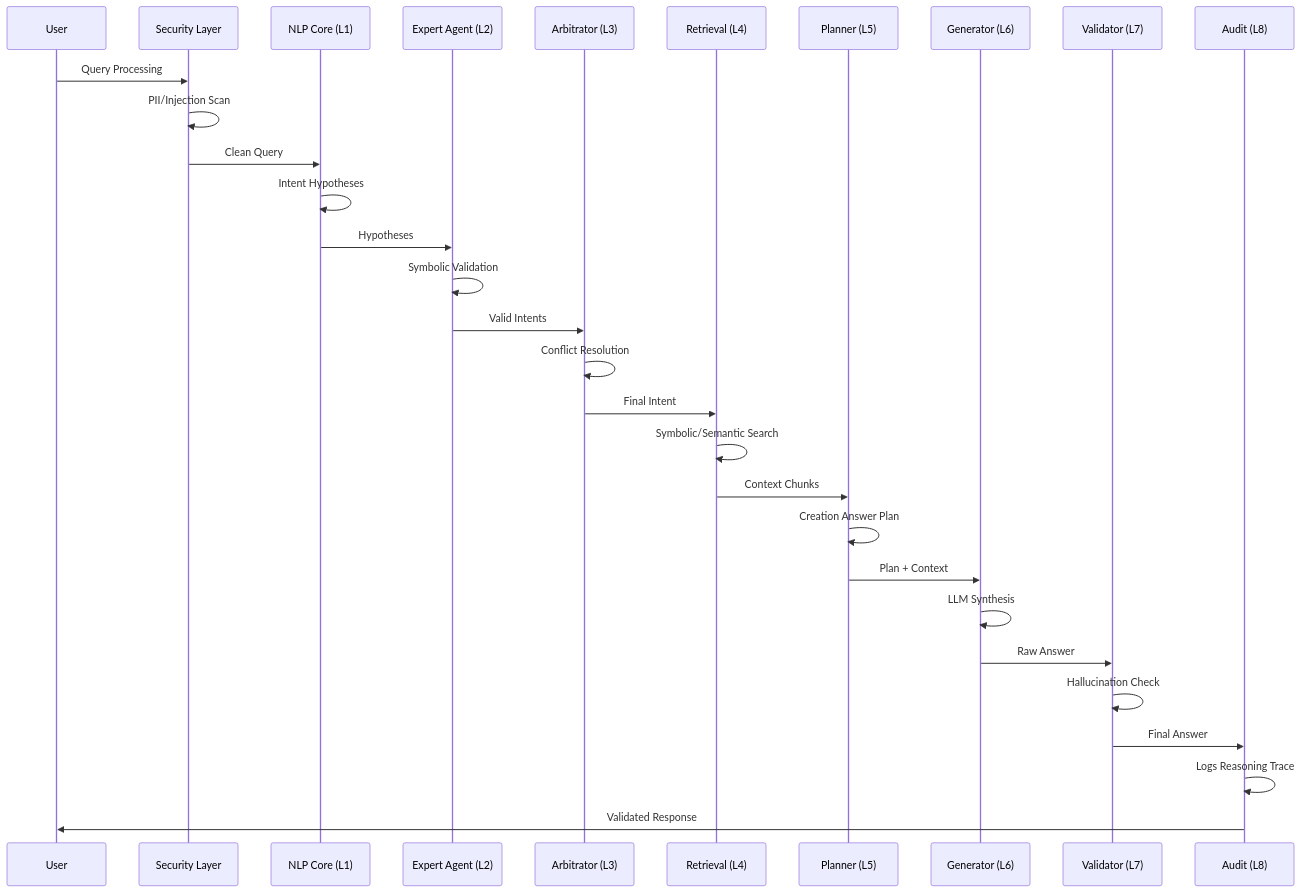
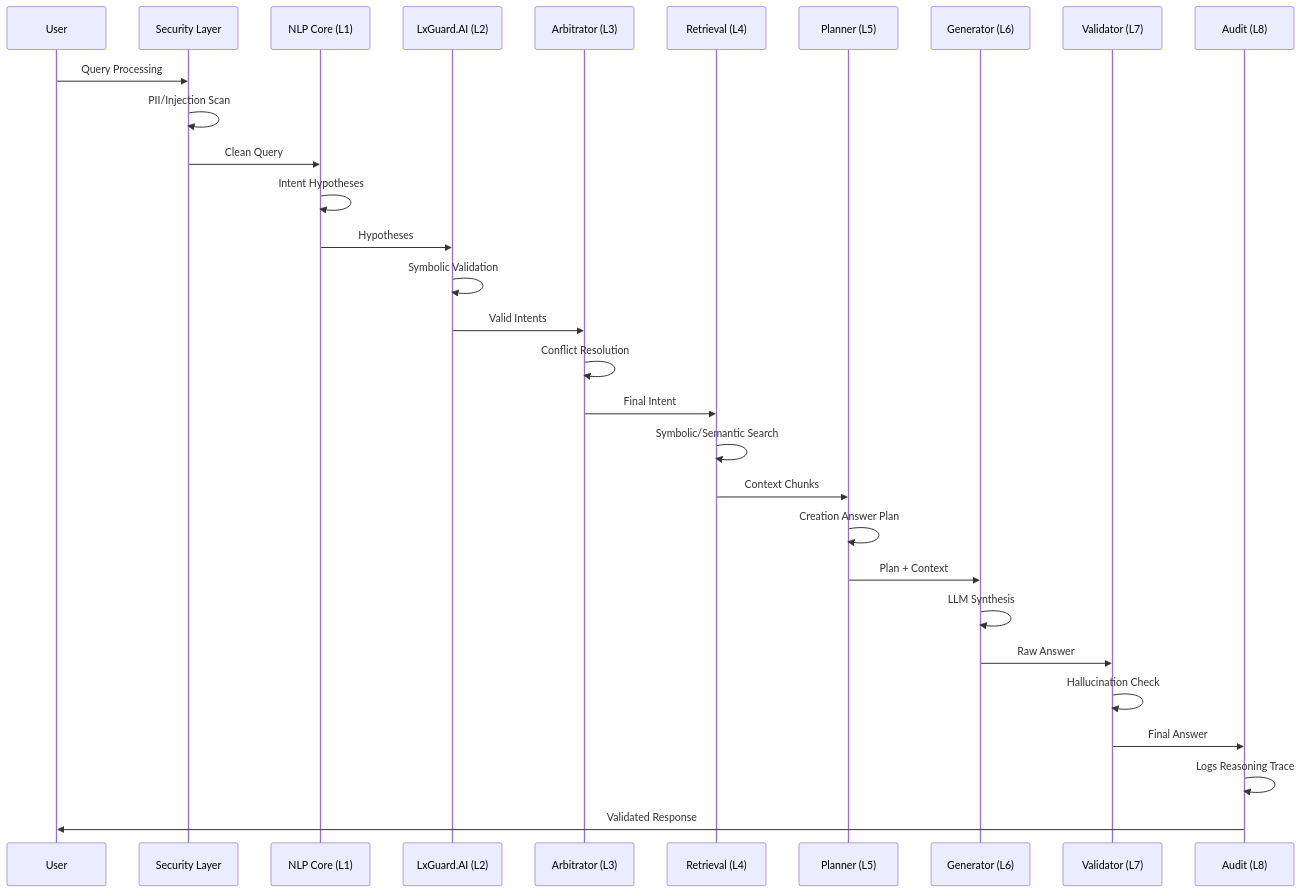
Before and after one commit to Lxmokdr/LxGuard.AI: the third of 3 diagrams in docs/TECHNICAL_DOCUMENTATION.md, drawn with Mermaid. The commit also changed other lines of this file and 38 other files, not shown here.

````diff
--- a/docs/TECHNICAL_DOCUMENTATION.md
+++ b/docs/TECHNICAL_DOCUMENTATION.md
@@ -209,33 +209,33 @@
 ```mermaid
 sequenceDiagram
     participant U as User
     participant S as Security Layer
     participant N as NLP Core (L1)
-    participant E as Expert Agent (L2)
+    participant E as LxGuard.AI (L2)
     participant A as Arbitrator (L3)
     participant R as Retrieval (L4)
     participant P as Planner (L5)
     participant G as Generator (L6)
     participant V as Validator (L7)
     participant D as Audit (L8)
 
     U->>S: Query Processing
     S->>S: PII/Injection Scan
     S->>N: Clean Query
     N->>N: Intent Hypotheses
     N->>E: Hypotheses
     E->>E: Symbolic Validation
     E->>A: Valid Intents
     A->>A: Conflict Resolution
     A->>R: Final Intent
     R->>R: Symbolic/Semantic Search
     R->>P: Context Chunks
     P->>P: Creation Answer Plan
     P->>G: Plan + Context
     G->>G: LLM Synthesis
     G->>V: Raw Answer
     V->>V: Hallucination Check
     V->>D: Final Answer
     D->>D: Logs Reasoning Trace
     D->>U: Validated Response
 ```
````
